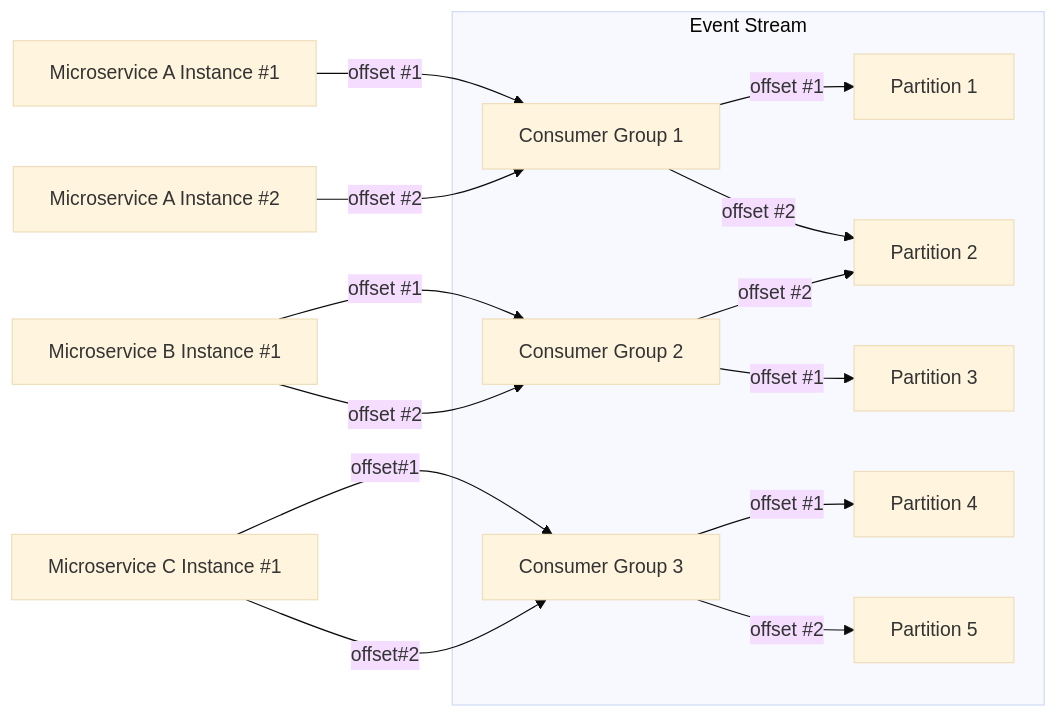
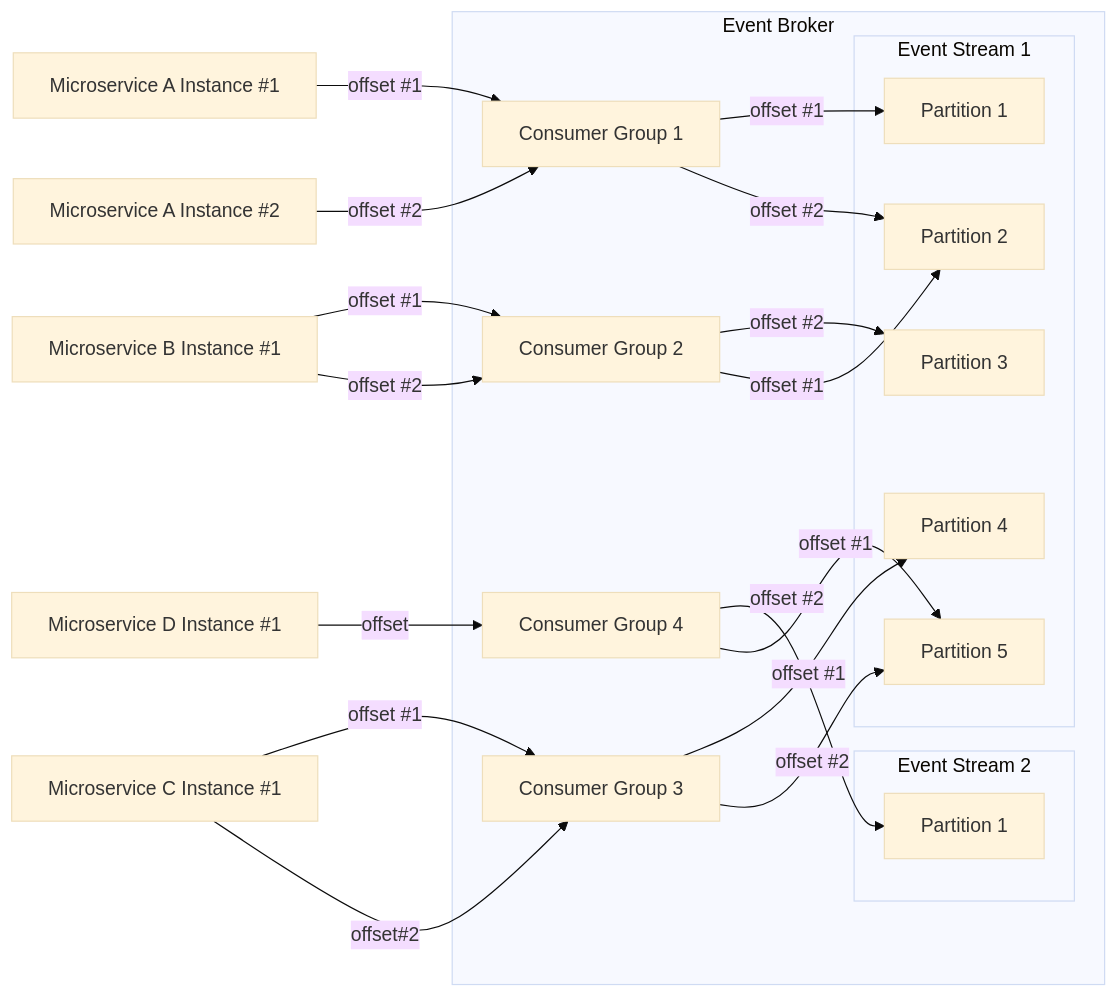
The sixth of 6 diagrams in website/docs/Building Event Driven Microservices/definition-des-concepts.md (diplomegalo/event-driven), drawn with Mermaid (base theme) before and after one commit. The commit also changed other lines of this file, not shown here.

Commit message:
fix: précision de l'utilisation d'un consumer group

````diff
--- a/website/docs/Building Event Driven Microservices/definition-des-concepts.md
+++ b/website/docs/Building Event Driven Microservices/definition-des-concepts.md
@@ -135,25 +141,33 @@
 ```mermaid
 graph LR    
-    subgraph Event Stream
-    A[Partition 1]
-    B[Partition 2]
-    C[Partition 3]
-    D[Partition 4]
-    E[Partition 5]
-    
+    subgraph Event Broker
+    subgraph Event Stream 1
+    part1[Partition 1]
+    part2[Partition 2]
+    part3[Partition 3]
+    part4[Partition 4]
+    part5[Partition 5]
+    end
 
-    F[Consumer Group 1] -- offset #1 --> A
-    F -- offset #2 --> B
-    G[Consumer Group 2] -- offset #1 --> C
-    G -- offset #2 --> B
-    H[Consumer Group 3] -- offset #1 --> D
-    H -- offset #2 --> E
+    subgraph Event Stream 2
+    part6[Partition 1]
     end
     
-    U[Microservice A Instance #1] -- offset #1 --> F
-    V[Microservice A Instance #2] -- offset #2 --> F
-    W[Microservice B Instance #1] -- offset #1 --> G
-    W[Microservice B Instance #1] -- offset #2 --> G
-    X[Microservice C Instance #1] -- offset#1 --> H
-    X -- offset#2 --> H
+    consg1[Consumer Group 1] -- offset #1 --> part1
+    consg1 -- offset #2 --> part2
+    consg2[Consumer Group 2] -- offset #2 --> part3
+    consg2 -- offset #1 --> part2
+    consg3[Consumer Group 3] -- offset #1 --> part4
+    consg3 -- offset #2 --> part5
+    consg4[Consumer Group 4] -- offset #2 --> part6
+    consg4 -- offset #1 --> part5
+    end
+
+    msa1[Microservice A Instance #1] -- offset #1 --> consg1
+    msa2[Microservice A Instance #2] -- offset #2 --> consg1
+    msb1[Microservice B Instance #1] -- offset #1 --> consg2
+    msb1 -- offset #2 --> consg2
+    msc1[Microservice C Instance #1] -- offset #1 --> consg3
+    msc1 -- offset#2 --> consg3
+    msd1[Microservice D Instance #1] -- offset --> consg4
 ```
````
